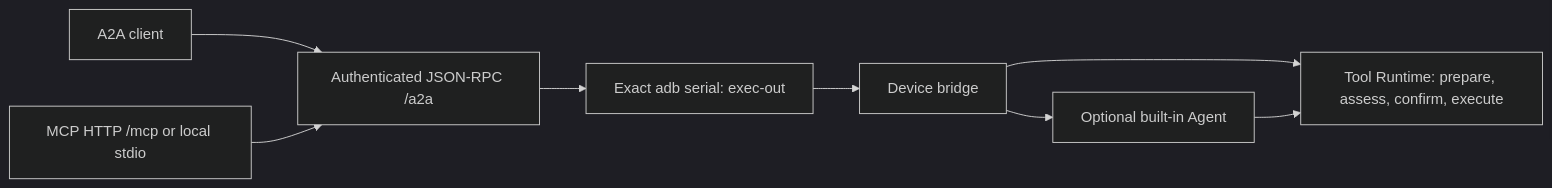
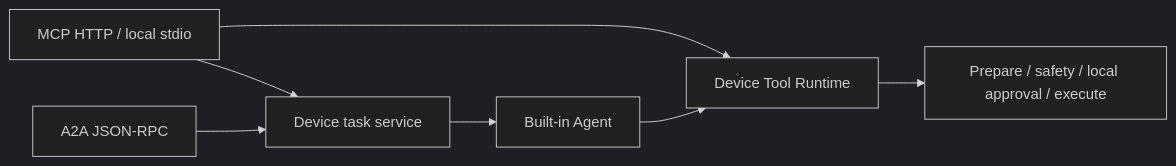
Before and after one commit to nl2sh/nl2sh: the diagram in docs/en/reference/a2a-mcp.md, drawn with Mermaid (dark theme). The commit also changed other lines of this file and 106 other files, not shown here.

First line of the commit message:
feat: embed device MCP and A2A services

````diff
--- a/docs/en/reference/a2a-mcp.md
+++ b/docs/en/reference/a2a-mcp.md
@@ -7,10 +5,9 @@
 ```mermaid
 flowchart LR
-    A[A2A client] --> R[Authenticated JSON-RPC /a2a]
-    M[MCP HTTP /mcp or local stdio] --> R
-    R --> D[Exact adb serial: exec-out]
-    D --> B[Device bridge]
-    B --> T[Tool Runtime: prepare, assess, confirm, execute]
-    B --> G[Optional built-in Agent]
+    M[MCP HTTP / local stdio] --> T[Device Tool Runtime]
+    M --> Q[Device task service]
+    A[A2A JSON-RPC] --> Q
+    Q --> G[Built-in Agent]
     G --> T
+    T --> S[Prepare / safety / local approval / execute]
 ```
````
